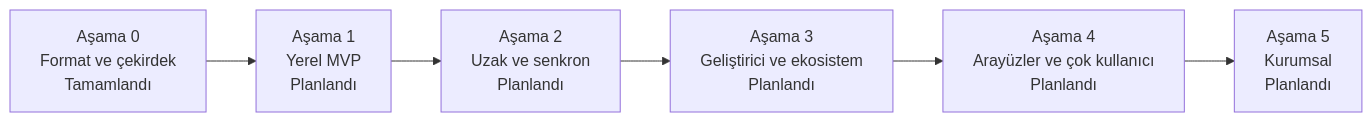
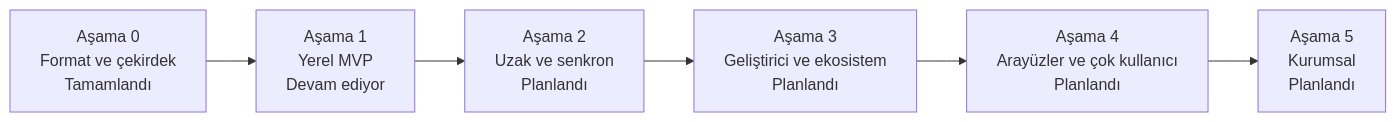
Before and after one commit to efe-clk/apeiron: the diagram in docs/ROADMAP.tr.md, drawn with Mermaid. The commit also changed other lines of this file and 18 other files, not shown here.

````diff
--- a/docs/ROADMAP.tr.md
+++ b/docs/ROADMAP.tr.md
@@ -11,10 +11,10 @@
 ```mermaid
 flowchart LR
     S0["Aşama 0<br/>Format ve çekirdek<br/>Tamamlandı"]
-    S1["Aşama 1<br/>Yerel MVP<br/>Planlandı"]
+    S1["Aşama 1<br/>Yerel MVP<br/>Devam ediyor"]
     S2["Aşama 2<br/>Uzak ve senkron<br/>Planlandı"]
     S3["Aşama 3<br/>Geliştirici ve ekosistem<br/>Planlandı"]
     S4["Aşama 4<br/>Arayüzler ve çok kullanıcı<br/>Planlandı"]
     S5["Aşama 5<br/>Kurumsal<br/>Planlandı"]
     S0 --> S1 --> S2 --> S3 --> S4 --> S5
 ```
````
